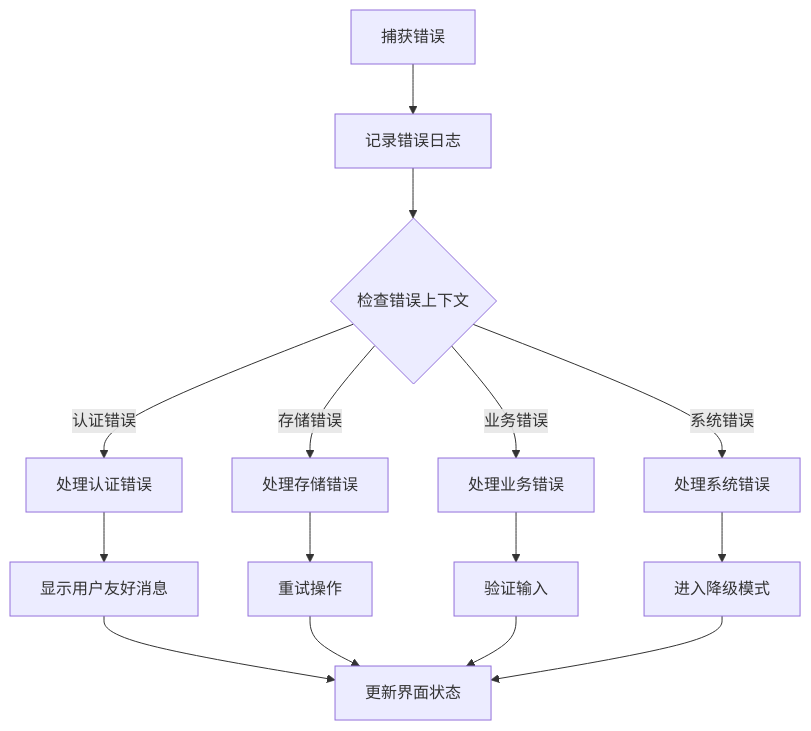
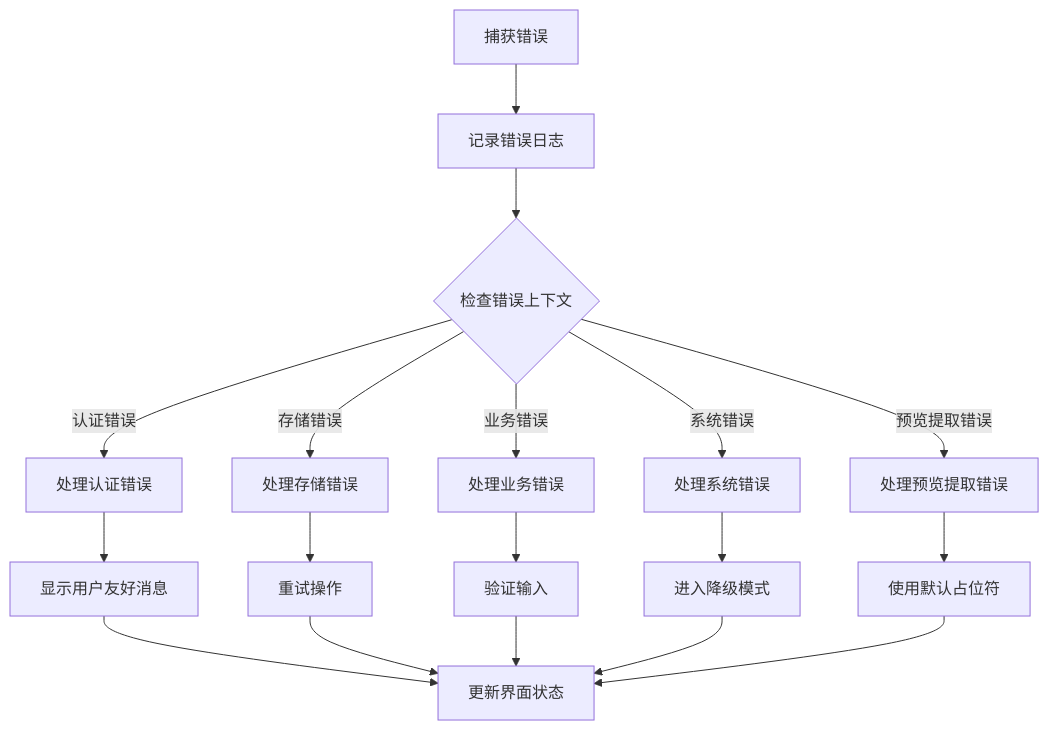
Before and after one commit to billye220670/BananaFlow2: diagram 15 of 15 in .qoder/repowiki/zh/content/API 集成/项目管理API系统.md, drawn with Mermaid. The commit also changed other lines of this file and 17 other files, not shown here.

First line of the commit message:
refactor: shimmer单元素架构重构，统一图片URL为Supabase单一来源

````diff
--- a/.qoder/repowiki/zh/content/API 集成/项目管理API系统.md
+++ b/.qoder/repowiki/zh/content/API 集成/项目管理API系统.md
@@ -573,17 +666,20 @@
 ```mermaid
 flowchart TD
 ERROR[捕获错误] --> LOG_ERROR[记录错误日志]
 LOG_ERROR --> CHECK_CONTEXT{检查错误上下文}
 CHECK_CONTEXT --> |认证错误| HANDLE_AUTH_ERROR[处理认证错误]
 CHECK_CONTEXT --> |存储错误| HANDLE_STORAGE_ERROR[处理存储错误]
 CHECK_CONTEXT --> |业务错误| HANDLE_BUSINESS_ERROR[处理业务错误]
 CHECK_CONTEXT --> |系统错误| HANDLE_SYSTEM_ERROR[处理系统错误]
+CHECK_CONTEXT --> |预览提取错误| HANDLE_PREVIEW_ERROR[处理预览提取错误]
 HANDLE_AUTH_ERROR --> SHOW_MESSAGE[显示用户友好消息]
 HANDLE_STORAGE_ERROR --> RETRY_OPERATION[重试操作]
 HANDLE_BUSINESS_ERROR --> VALIDATE_INPUT[验证输入]
 HANDLE_SYSTEM_ERROR --> FALLBACK_MODE[进入降级模式]
+HANDLE_PREVIEW_ERROR --> FALLBACK_PREVIEW[使用默认占位符]
 SHOW_MESSAGE --> UPDATE_UI[更新界面状态]
 RETRY_OPERATION --> UPDATE_UI
 VALIDATE_INPUT --> UPDATE_UI
 FALLBACK_MODE --> UPDATE_UI
+FALLBACK_PREVIEW --> UPDATE_UI
 ```
````
